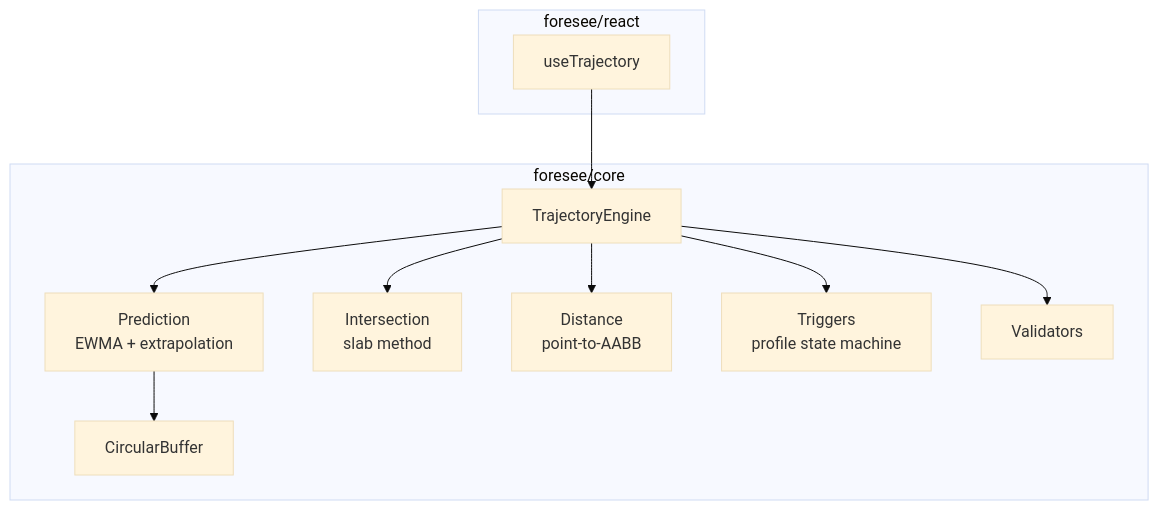
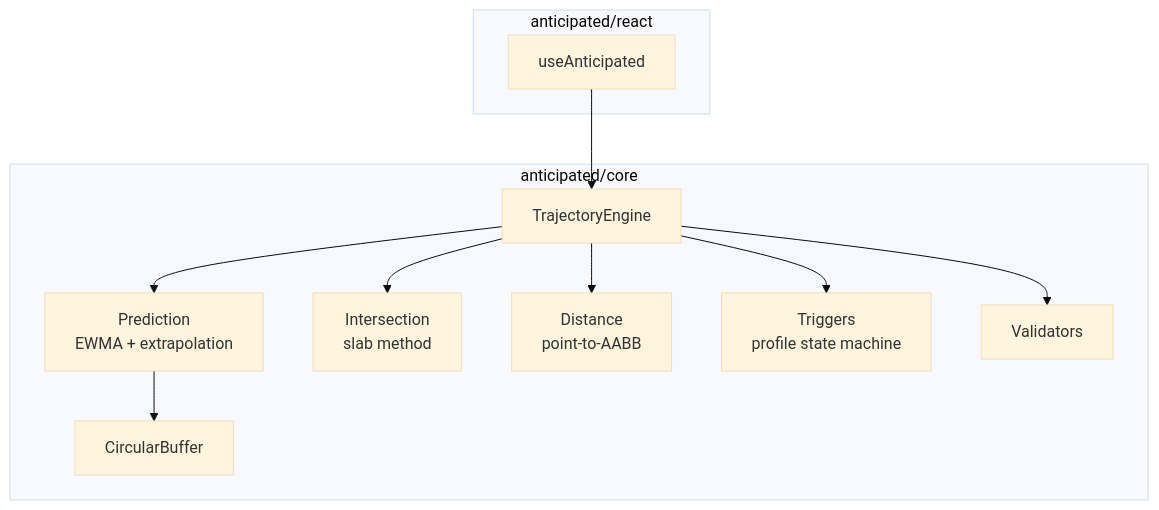
One commit to antonjoel82/anticipate changed the second of 3 diagrams in README.md. Above: the diagram before and after it, drawn with Mermaid (base theme). The commit also changed other lines of this file and 46 other files, not shown here.

First line of the commit message:
refactor: rename foresee→anticipated, useTrajectory→useAnticipated

````diff
--- a/README.md
+++ b/README.md
@@ -83,24 +83,24 @@
 ```mermaid
 graph TB
-  subgraph "foresee/core"
+  subgraph "anticipated/core"
     Engine[TrajectoryEngine]
     Pred[Prediction<br/>EWMA + extrapolation]
     Inter[Intersection<br/>slab method]
     Dist[Distance<br/>point-to-AABB]
     Trig[Triggers<br/>profile state machine]
     Buf[CircularBuffer]
     Val[Validators]
 
     Engine --> Pred
     Engine --> Inter
     Engine --> Dist
     Engine --> Trig
     Pred --> Buf
     Engine --> Val
   end
 
-  subgraph "foresee/react"
-    Hook[useTrajectory]
+  subgraph "anticipated/react"
+    Hook[useAnticipated]
     Hook --> Engine
   end
 ```
````
